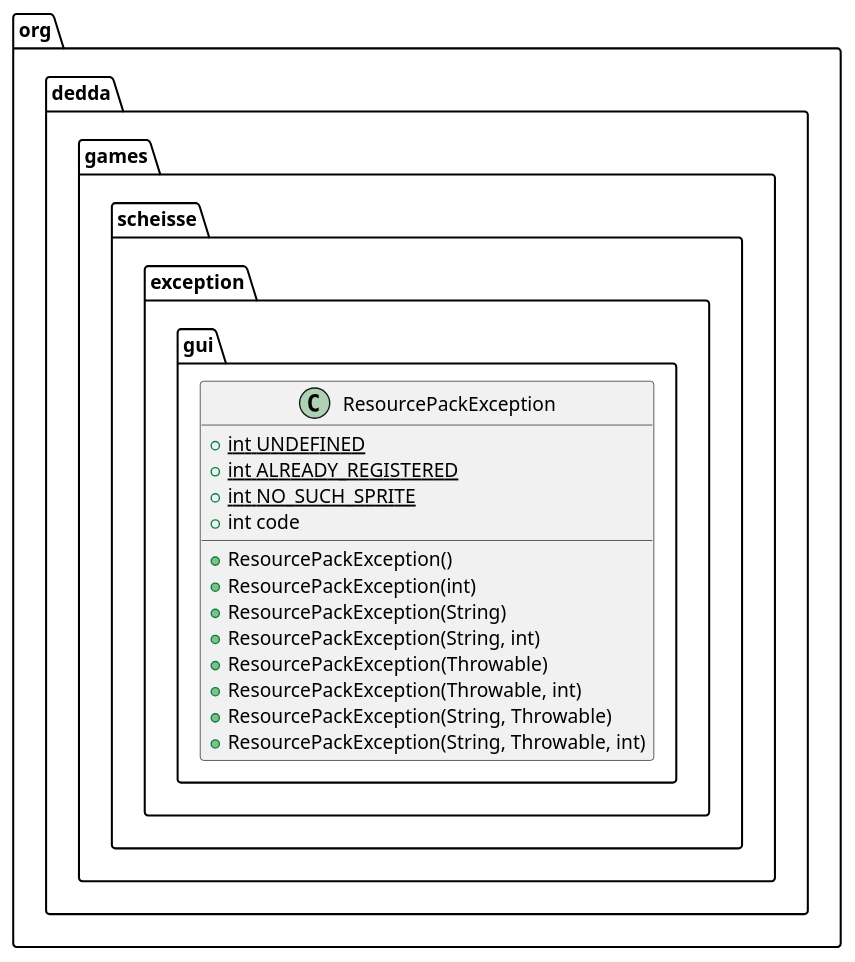
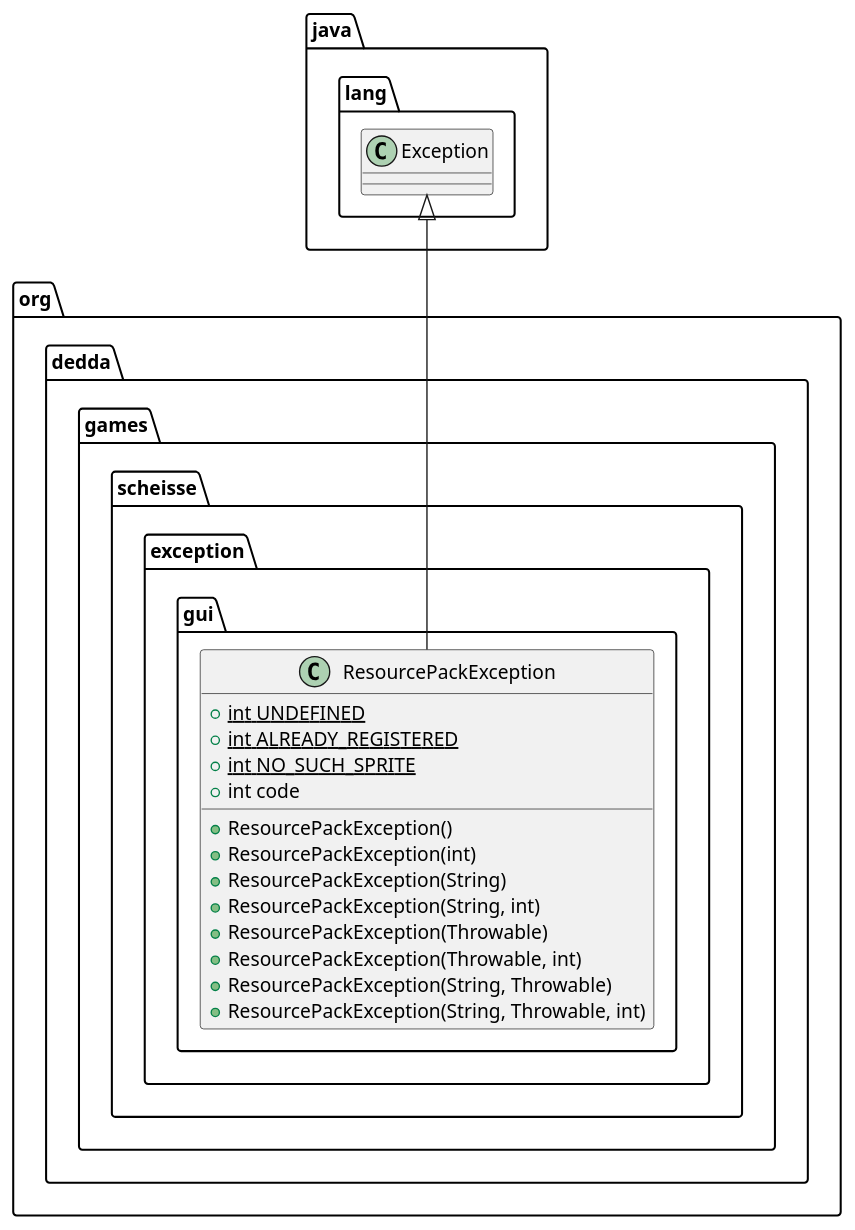
One commit to gitter-badger/scheisse changed the diagram in uml/classes/org.dedda.games.scheisse.exception.gui.ResourcePackException.puml. Above: the diagram before and after it, drawn with PlantUML. The commit also changed 14 other files, not shown here.

Commit message:
extended puml class diagram a bit

```diff
--- a/uml/classes/org.dedda.games.scheisse.exception.gui.ResourcePackException.puml
+++ b/uml/classes/org.dedda.games.scheisse.exception.gui.ResourcePackException.puml
@@ -1,16 +1,20 @@
 @startuml
+class java.lang.Exception
+
 class org.dedda.games.scheisse.exception.gui.ResourcePackException{
     + {static} int UNDEFINED
     + {static} int ALREADY_REGISTERED
     + {static} int NO_SUCH_SPRITE
     + int code
     + ResourcePackException()
     + ResourcePackException(int)
     + ResourcePackException(String)
     + ResourcePackException(String, int)
     + ResourcePackException(Throwable)
     + ResourcePackException(Throwable, int)
     + ResourcePackException(String, Throwable)
     + ResourcePackException(String, Throwable, int)
 }
+
+java.lang.Exception <|-- org.dedda.games.scheisse.exception.gui.ResourcePackException
 @enduml
```
